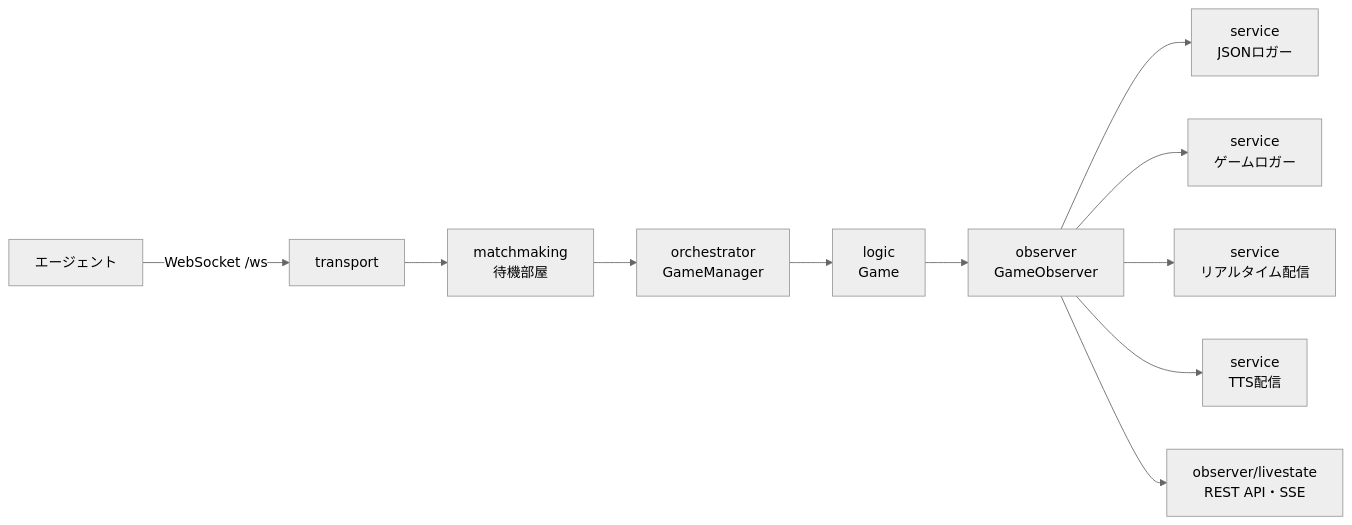
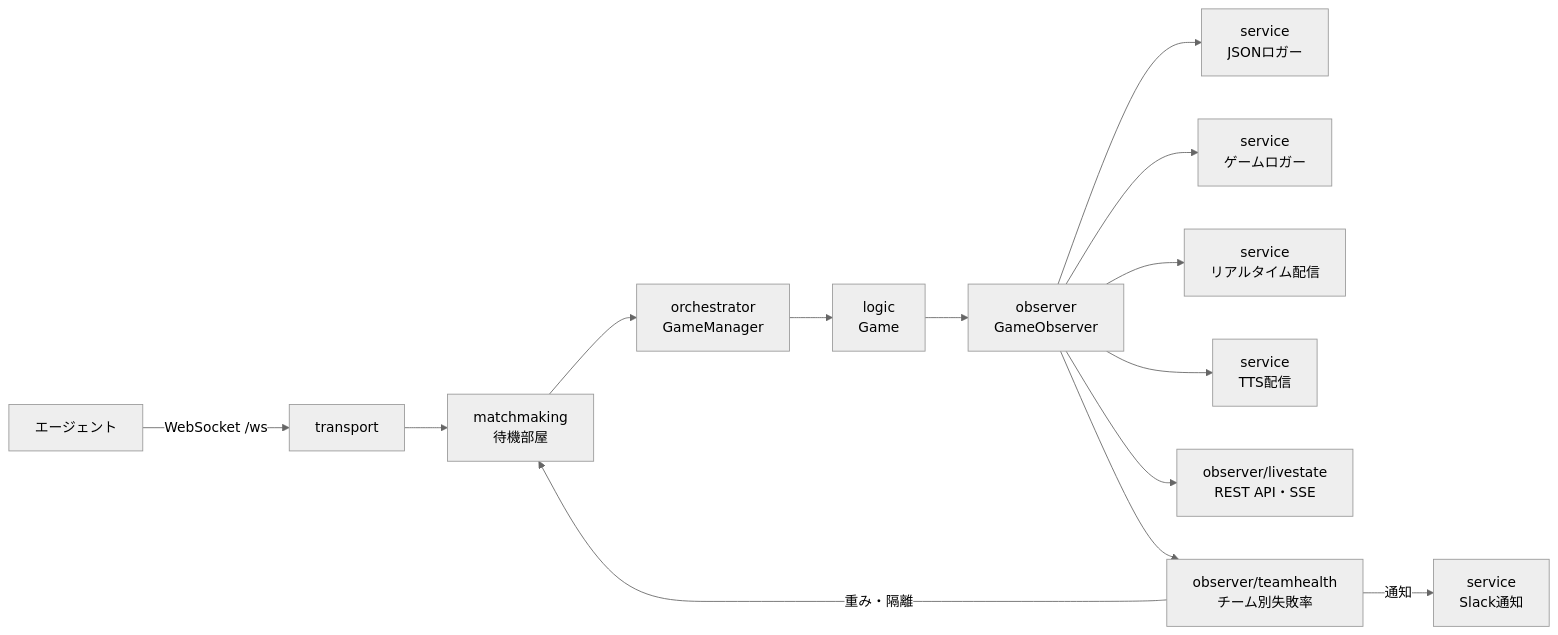
Before and after one commit to aiwolfdial/aiwolf-nlp-server: the diagram in doc/ja/architecture.md, drawn with Mermaid (neutral theme). The commit also changed other lines of this file and 25 other files, not shown here.

````diff
--- a/doc/ja/architecture.md
+++ b/doc/ja/architecture.md
@@ -14,13 +14,16 @@
 ```mermaid
 flowchart LR
     A["エージェント"] -->|"WebSocket /ws"| T["transport"]
     T --> W["matchmaking<br/>待機部屋"]
     W --> M["orchestrator<br/>GameManager"]
     M --> G["logic<br/>Game"]
     G --> O["observer<br/>GameObserver"]
     O --> S1["service<br/>JSONロガー"]
     O --> S2["service<br/>ゲームロガー"]
     O --> S3["service<br/>リアルタイム配信"]
     O --> S4["service<br/>TTS配信"]
     O --> S5["observer/livestate<br/>REST API・SSE"]
+    O --> S6["observer/teamhealth<br/>チーム別失敗率"]
+    S6 -->|"重み・隔離"| W
+    S6 -->|"通知"| S7["service<br/>Slack通知"]
 ```
````
